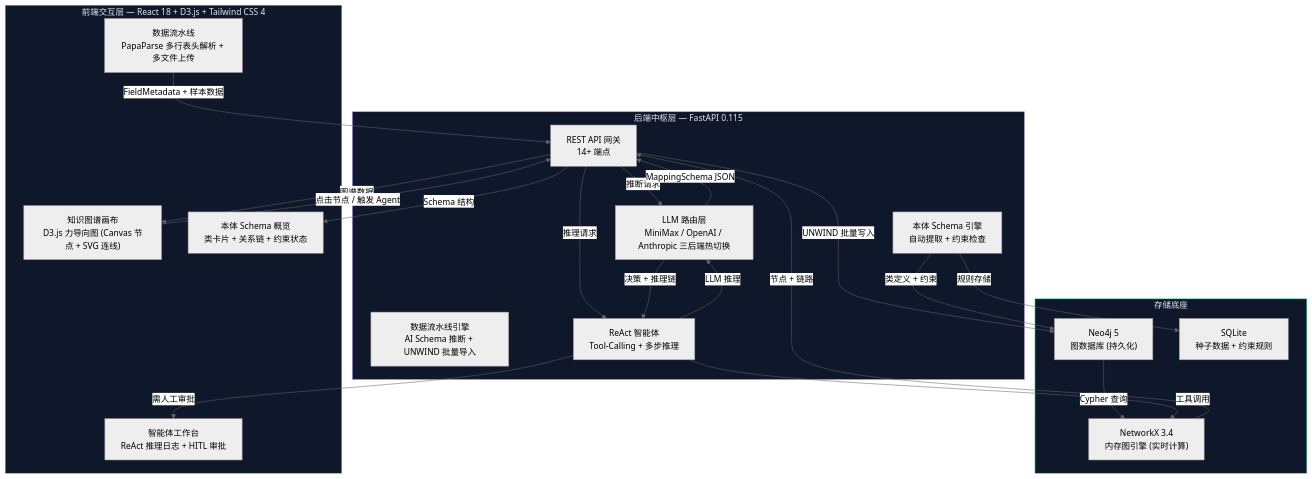
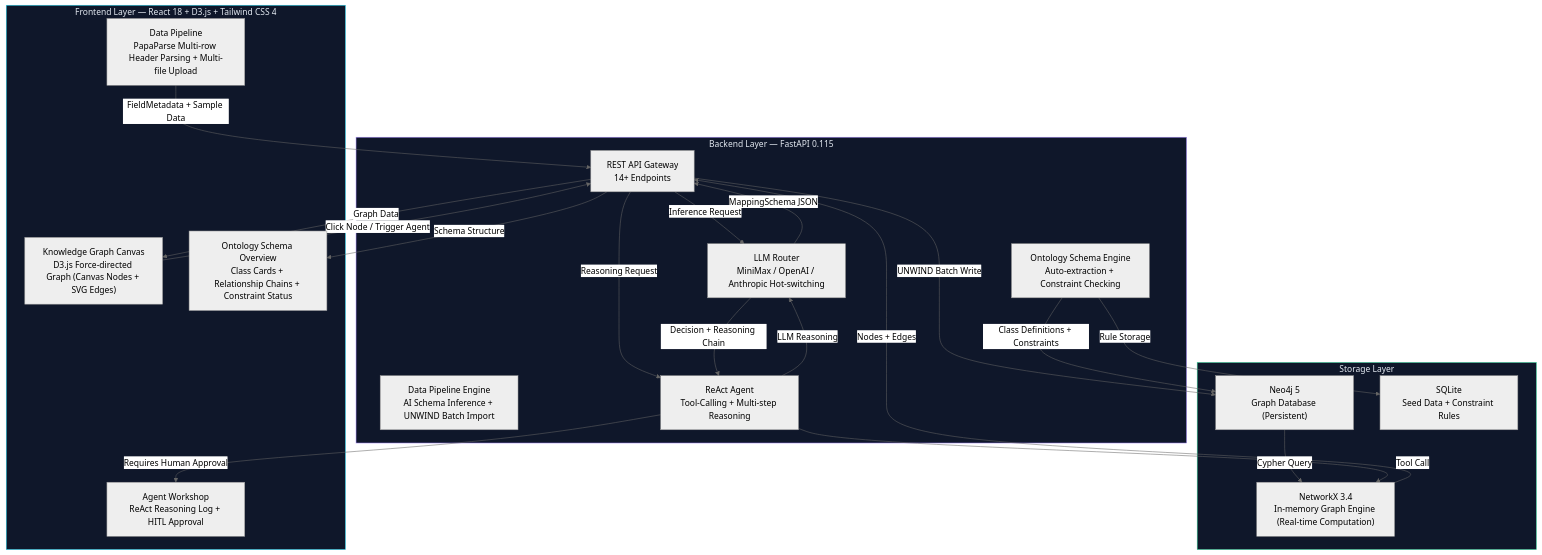
One commit to wenhaoyu-bryan/Prompt-to-Ontology changed the diagram in README.md. Above: the diagram before and after it, drawn with Mermaid (neutral theme). The commit also changed other lines of this file and 2 other files, not shown here.

````diff
--- a/README.md
+++ b/README.md
@@ -26,44 +31,44 @@
 ```mermaid
 graph TB
-    subgraph Frontend ["前端交互层 — React 18 + D3.js + Tailwind CSS 4"]
-        Pipeline["数据流水线<br/>PapaParse 多行表头解析 + 多文件上传"]
-        GraphCanvas["知识图谱画布<br/>D3.js 力导向图 (Canvas 节点 + SVG 连线)"]
-        SchemaView["本体 Schema 概览<br/>类卡片 + 关系链 + 约束状态"]
-        AgentUI["智能体工作台<br/>ReAct 推理日志 + HITL 审批"]
+    subgraph Frontend ["Frontend Layer — React 18 + D3.js + Tailwind CSS 4"]
+        Pipeline["Data Pipeline<br/>PapaParse Multi-row Header Parsing + Multi-file Upload"]
+        GraphCanvas["Knowledge Graph Canvas<br/>D3.js Force-directed Graph (Canvas Nodes + SVG Edges)"]
+        SchemaView["Ontology Schema Overview<br/>Class Cards + Relationship Chains + Constraint Status"]
+        AgentUI["Agent Workshop<br/>ReAct Reasoning Log + HITL Approval"]
     end
 
-    subgraph Backend ["后端中枢层 — FastAPI 0.115"]
-        API["REST API 网关<br/>14+ 端点"]
-        PipelineEngine["数据流水线引擎<br/>AI Schema 推断 + UNWIND 批量导入"]
-        AgentEngine["ReAct 智能体<br/>Tool-Calling + 多步推理"]
-        LLMRouter["LLM 路由层<br/>MiniMax / OpenAI / Anthropic 三后端热切换"]
-        SchemaEngine["本体 Schema 引擎<br/>自动提取 + 约束检查"]
+    subgraph Backend ["Backend Layer — FastAPI 0.115"]
+        API["REST API Gateway<br/>14+ Endpoints"]
+        PipelineEngine["Data Pipeline Engine<br/>AI Schema Inference + UNWIND Batch Import"]
+        AgentEngine["ReAct Agent<br/>Tool-Calling + Multi-step Reasoning"]
+        LLMRouter["LLM Router<br/>MiniMax / OpenAI / Anthropic Hot-switching"]
+        SchemaEngine["Ontology Schema Engine<br/>Auto-extraction + Constraint Checking"]
     end
 
-    subgraph Storage ["存储底座"]
-        Neo4j["Neo4j 5<br/>图数据库 (持久化)"]
-        NetworkX["NetworkX 3.4<br/>内存图引擎 (实时计算)"]
-        SQLite["SQLite<br/>种子数据 + 约束规则"]
+    subgraph Storage ["Storage Layer"]
+        Neo4j["Neo4j 5<br/>Graph Database (Persistent)"]
+        NetworkX["NetworkX 3.4<br/>In-memory Graph Engine (Real-time Computation)"]
+        SQLite["SQLite<br/>Seed Data + Constraint Rules"]
     end
 
-    Pipeline -->|"FieldMetadata + 样本数据"| API
-    API -->|"推断请求"| LLMRouter
+    Pipeline -->|"FieldMetadata + Sample Data"| API
+    API -->|"Inference Request"| LLMRouter
     LLMRouter -->|"MappingSchema JSON"| API
-    API -->|"UNWIND 批量写入"| Neo4j
-    Neo4j -->|"Cypher 查询"| NetworkX
-    NetworkX -->|"节点 + 链路"| API
-    API -->|"图谱数据"| GraphCanvas
-    API -->|"Schema 结构"| SchemaView
-    GraphCanvas -->|"点击节点 / 触发 Agent"| API
-    API -->|"推理请求"| AgentEngine
-    AgentEngine -->|"工具调用"| NetworkX
-    AgentEngine -->|"LLM 推理"| LLMRouter
-    LLMRouter -->|"决策 + 推理链"| AgentEngine
-    AgentEngine -->|"需人工审批"| AgentUI
-    SchemaEngine -->|"类定义 + 约束"| Neo4j
-    SchemaEngine -->|"规则存储"| SQLite
+    API -->|"UNWIND Batch Write"| Neo4j
+    Neo4j -->|"Cypher Query"| NetworkX
+    NetworkX -->|"Nodes + Edges"| API
+    API -->|"Graph Data"| GraphCanvas
+    API -->|"Schema Structure"| SchemaView
+    GraphCanvas -->|"Click Node / Trigger Agent"| API
+    API -->|"Reasoning Request"| AgentEngine
+    AgentEngine -->|"Tool Call"| NetworkX
+    AgentEngine -->|"LLM Reasoning"| LLMRouter
+    LLMRouter -->|"Decision + Reasoning Chain"| AgentEngine
+    AgentEngine -->|"Requires Human Approval"| AgentUI
+    SchemaEngine -->|"Class Definitions + Constraints"| Neo4j
+    SchemaEngine -->|"Rule Storage"| SQLite
 
     style Frontend fill:#0f172a,stroke:#22d3ee,color:#e2e8f0
     style Backend fill:#0f172a,stroke:#a78bfa,color:#e2e8f0
     style Storage fill:#0f172a,stroke:#34d399,color:#e2e8f0
 ```
````
